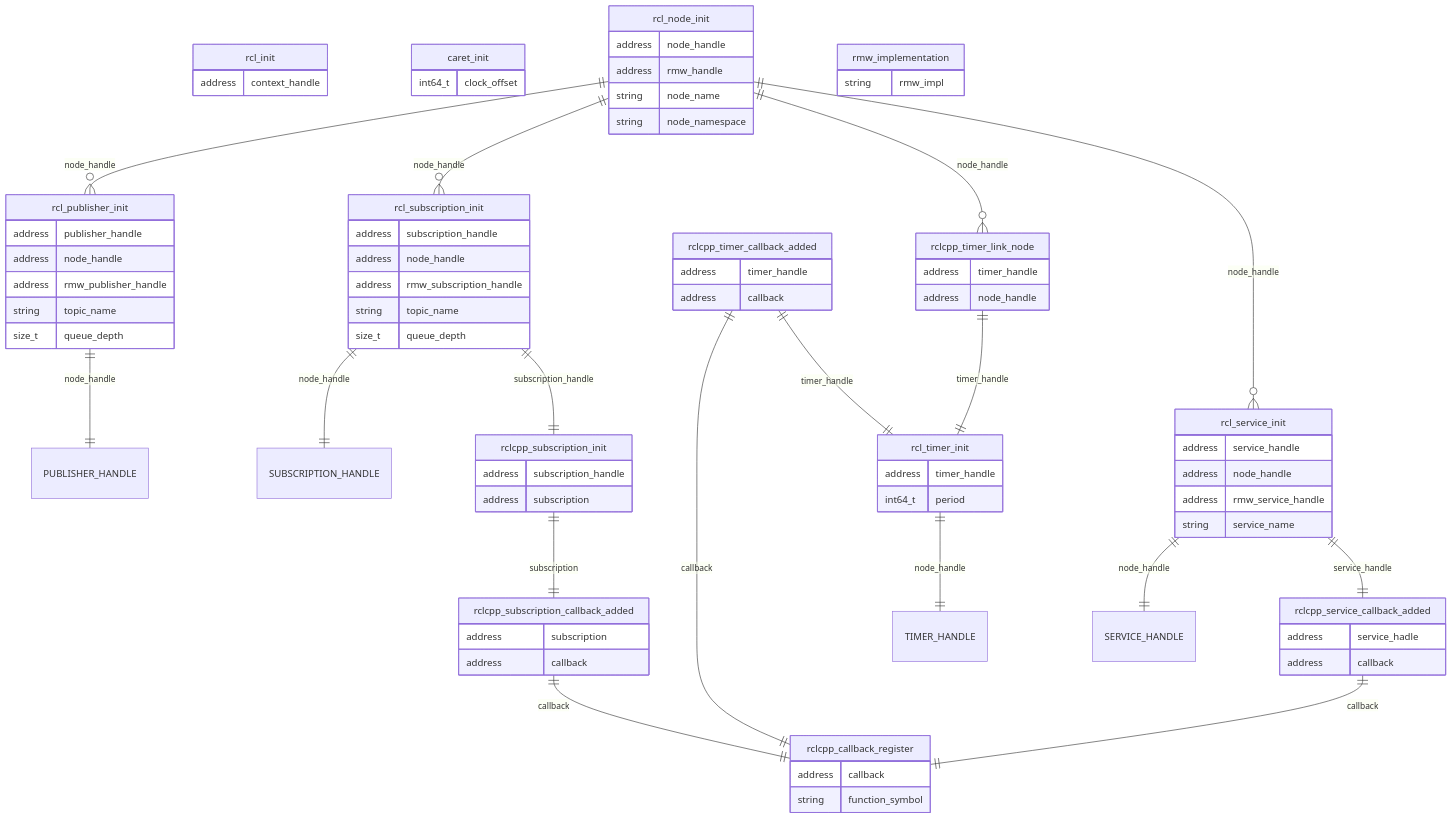
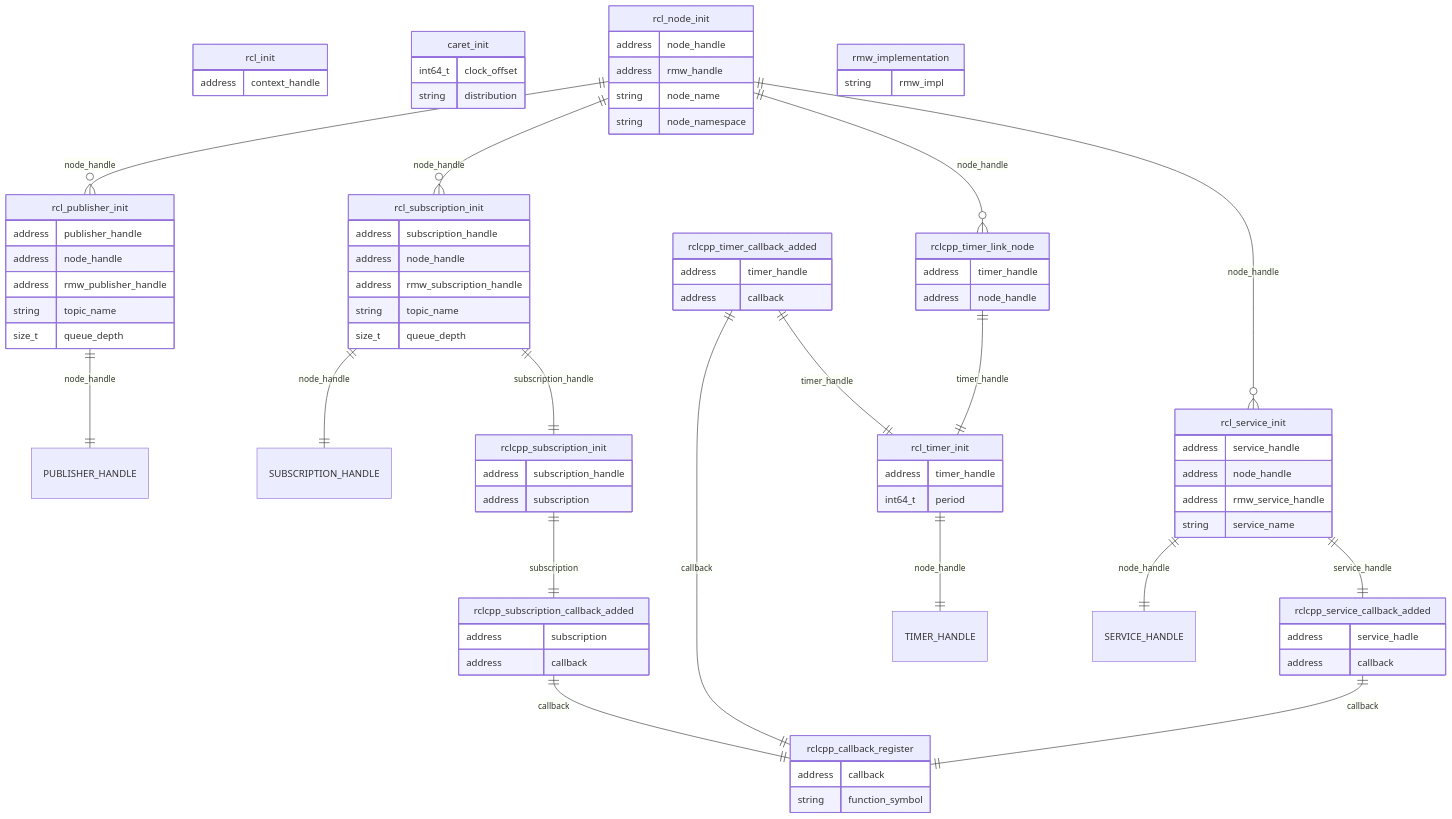
One commit to tier4/caret_doc changed the first of 2 diagrams in docs/design/trace_points/initialization_trace_points.md. Above: the diagram before and after it, drawn with Mermaid. The commit also changed other lines of this file, not shown here.

```diff
--- a/docs/design/trace_points/initialization_trace_points.md
+++ b/docs/design/trace_points/initialization_trace_points.md
@@ -13,6 +13,7 @@
 
  caret_init{
  int64_t clock_offset
+ string distribution
  }
 
  rcl_node_init{
```
